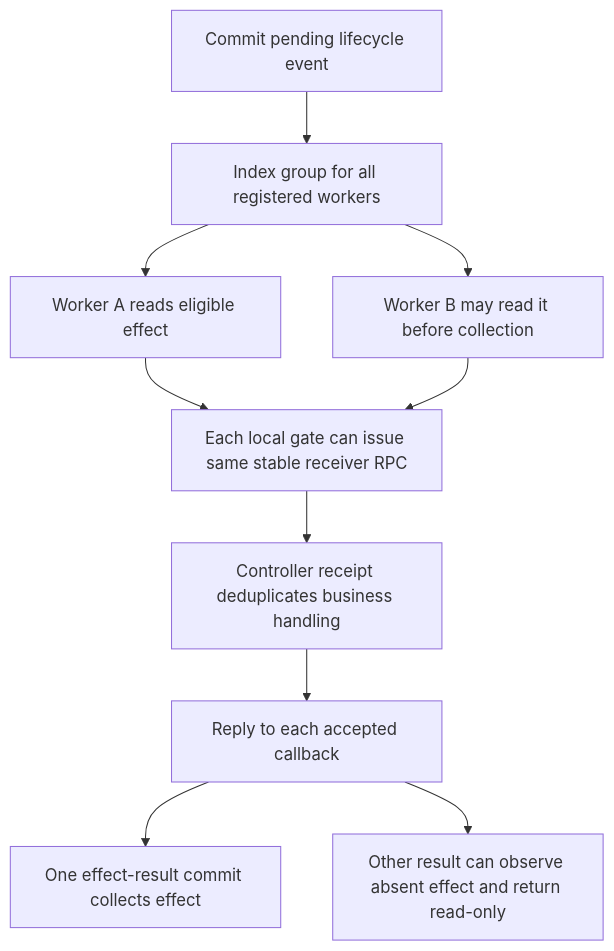
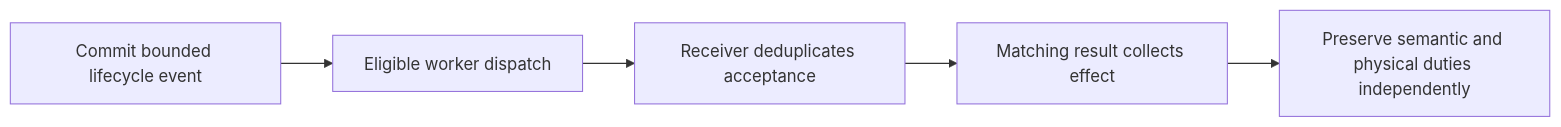
The fourth of 6 diagrams in docs/operations/lifecycle.md (zyno-io/sipbridge), drawn with Mermaid before and after one commit. The commit also changed other lines of this file and 30 other files, not shown here.

````diff
--- a/docs/operations/lifecycle.md
+++ b/docs/operations/lifecycle.md
@@ -156,12 +116,7 @@
 ```mermaid
-flowchart TD
-    A[Commit pending lifecycle event] --> B[Index group for all registered workers]
-    B --> C[Worker A reads eligible effect]
-    B --> D[Worker B may read it before collection]
-    C --> E[Each local gate can issue same stable receiver RPC]
-    D --> E
-    E --> F[Controller receipt deduplicates business handling]
-    F --> G[Reply to each accepted callback]
-    G --> H[One effect-result commit collects effect]
-    G --> I[Other result can observe absent effect and return read-only]
+flowchart LR
+    A[Commit bounded lifecycle event] --> B[Eligible worker dispatch]
+    B --> C[Receiver deduplicates acceptance]
+    C --> D[Matching result collects effect]
+    D --> E[Preserve semantic and physical duties independently]
 ```
````
